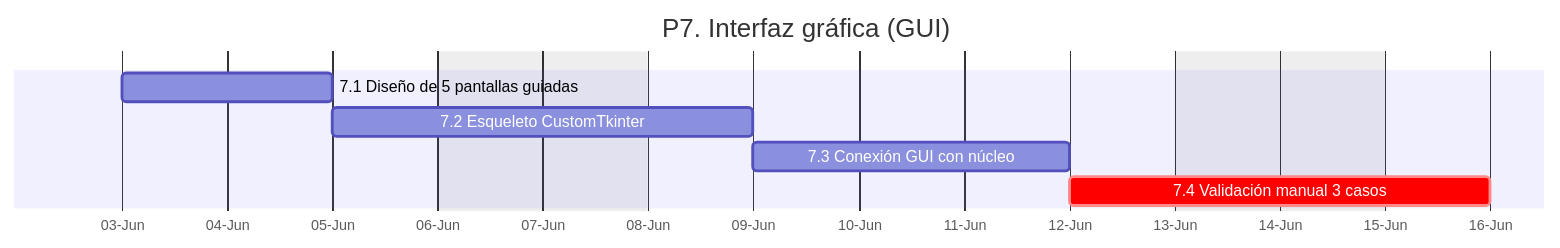
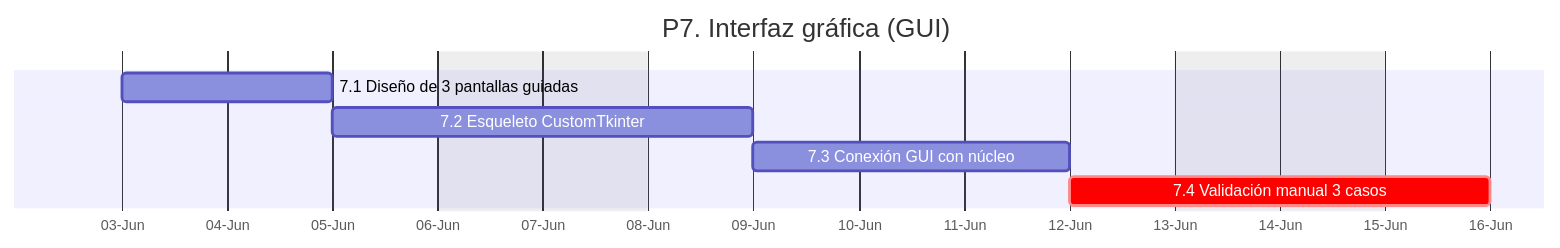
The diagram in memoria/assets/mmd/fig-02-10.mmd (git-uni/llms-normalization-bd-models-tool), drawn with Mermaid before and after one commit. The commit also changed 24 other files, not shown here.

First line of the commit message:
GUI CustomTkinter (RU-7.2): 3 pantallas + diagrama ER + sync memoria

```diff
--- a/memoria/assets/mmd/fig-02-10.mmd
+++ b/memoria/assets/mmd/fig-02-10.mmd
@@ -1,10 +1,10 @@
 gantt
     title P7. Interfaz gráfica (GUI)
     dateFormat YYYY-MM-DD
     axisFormat %d-%b
     excludes weekends
 
-    7.1 Diseño de 5 pantallas guiadas   :a1, 2026-06-03, 2d
+    7.1 Diseño de 3 pantallas guiadas   :a1, 2026-06-03, 2d
     7.2 Esqueleto CustomTkinter         :a2, after a1, 2d
     7.3 Conexión GUI con núcleo         :a3, after a2, 3d
     7.4 Validación manual 3 casos       :crit, a4, after a3, 2d
```
